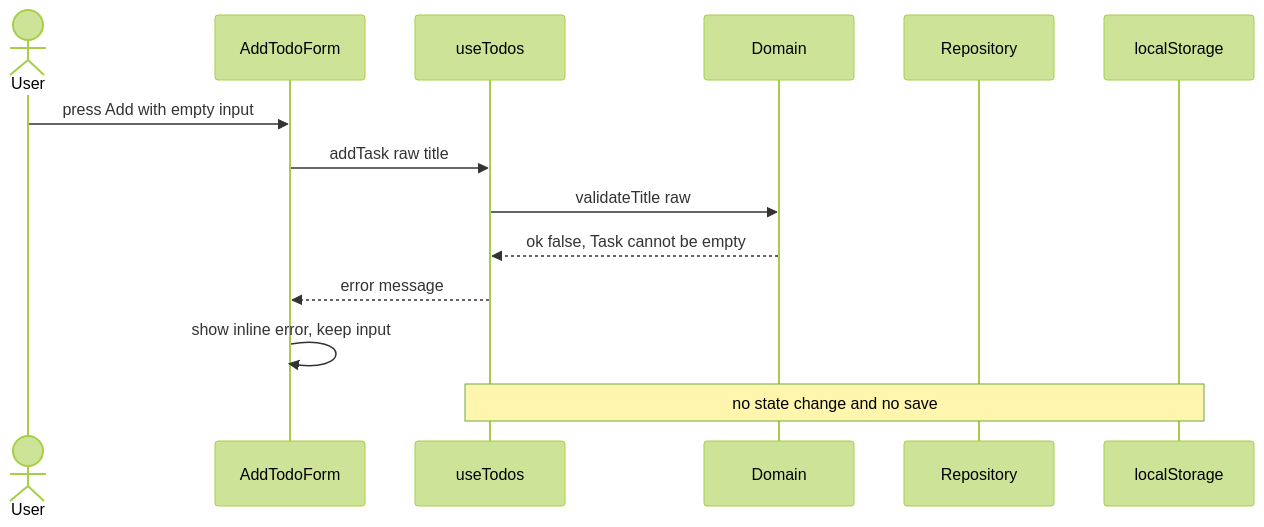
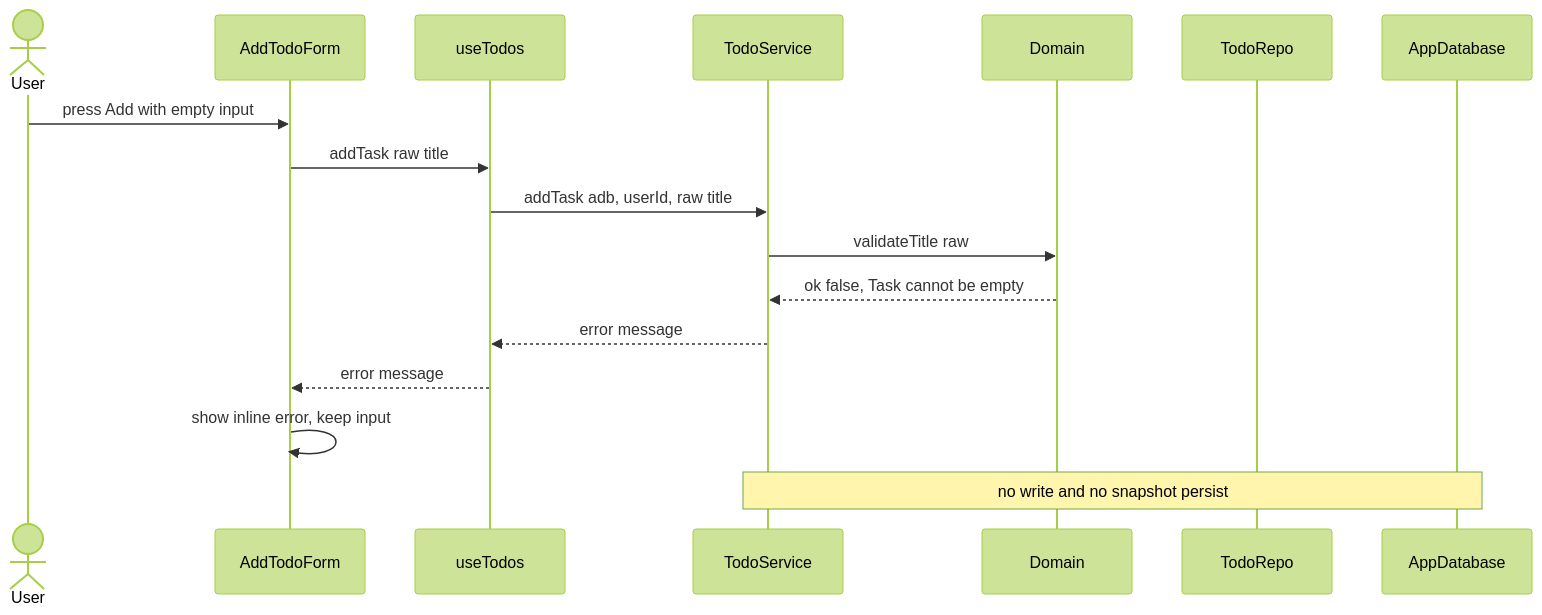
Before and after one commit to Kopi-O-Kosong-Beng/ShopBack_AI-Assisted-App: the third of 11 diagrams in specs/05-sequence-diagrams.md, drawn with Mermaid (forest theme). The commit also changed other lines of this file and 6 other files, not shown here.

````diff
--- a/specs/05-sequence-diagrams.md
+++ b/specs/05-sequence-diagrams.md
@@ -61,17 +117,20 @@
 ```mermaid
 sequenceDiagram
     actor User
     participant Form as AddTodoForm
     participant Hook as useTodos
+    participant Svc as TodoService
     participant Domain
-    participant Repo as Repository
-    participant LS as localStorage
+    participant TodoRepo
+    participant DB as AppDatabase
 
     User->>Form: press Add with empty input
     Form->>Hook: addTask raw title
-    Hook->>Domain: validateTitle raw
-    Domain-->>Hook: ok false, Task cannot be empty
+    Hook->>Svc: addTask adb, userId, raw title
+    Svc->>Domain: validateTitle raw
+    Domain-->>Svc: ok false, Task cannot be empty
+    Svc-->>Hook: error message
     Hook-->>Form: error message
     Form->>Form: show inline error, keep input
-    Note over Hook,LS: no state change and no save
+    Note over Svc,DB: no write and no snapshot persist
 ```
````
